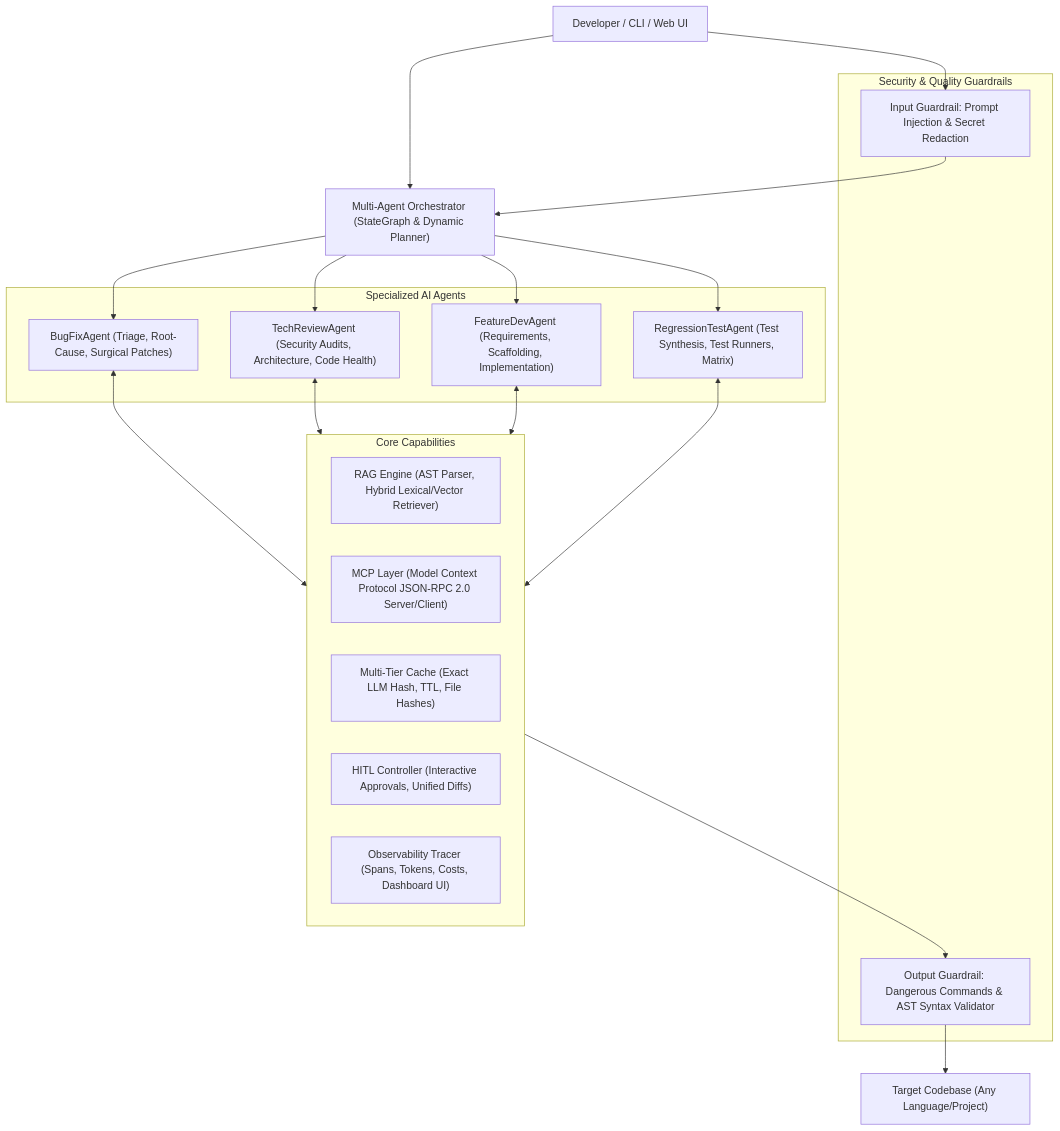
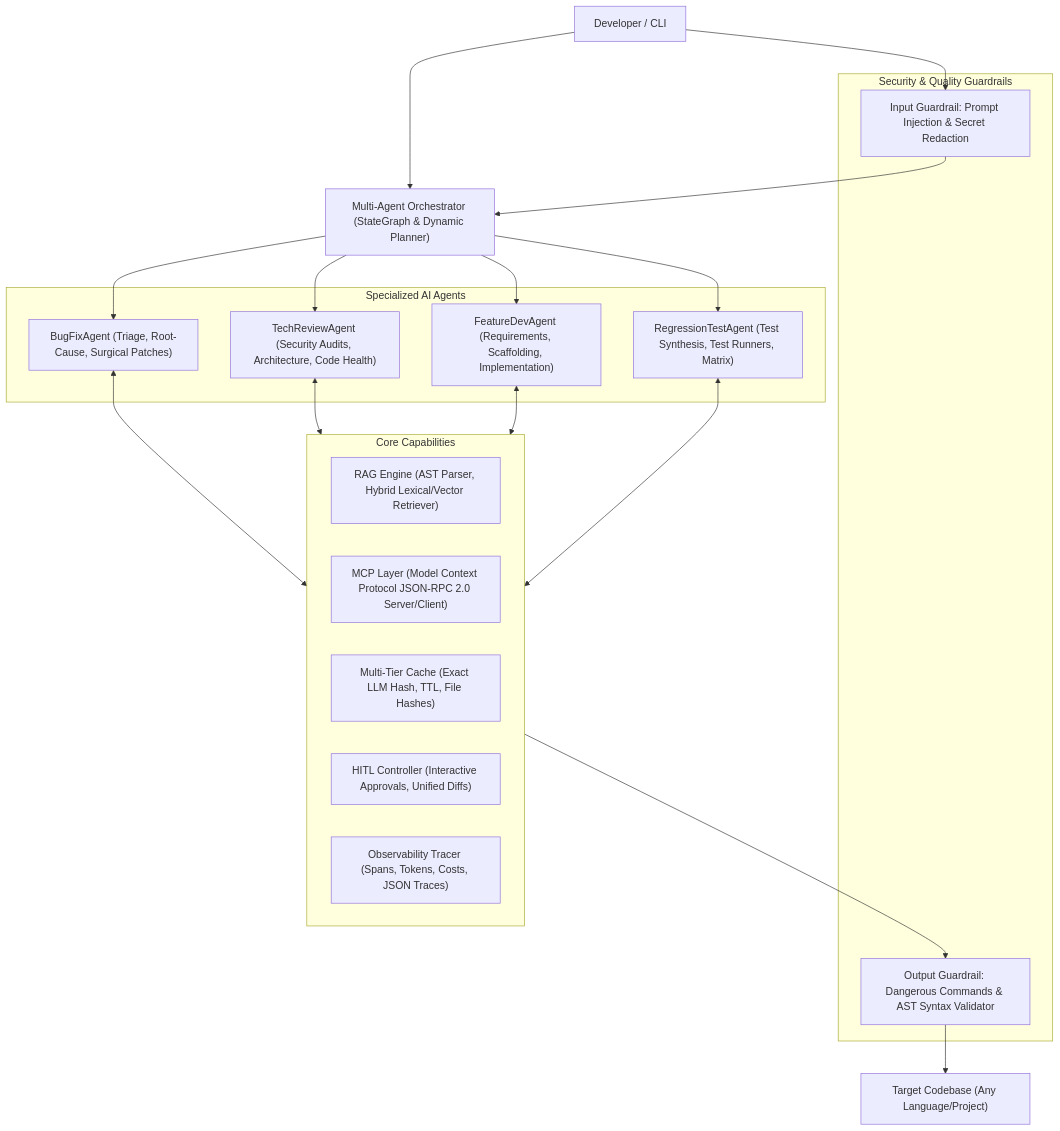
Before and after one commit to thepraveenrai/agentic-ai-framework: the diagram in docs/ARCHITECTURE.md, drawn with Mermaid. The commit also changed other lines of this file and 18 other files, not shown here.

````diff
--- a/docs/ARCHITECTURE.md
+++ b/docs/ARCHITECTURE.md
@@ -9,38 +9,38 @@
 ```mermaid
 graph TD
-    User["Developer / CLI / Web UI"] --> Orchestrator["Multi-Agent Orchestrator (StateGraph & Dynamic Planner)"]
+    User["Developer / CLI"] --> Orchestrator["Multi-Agent Orchestrator (StateGraph & Dynamic Planner)"]
     
     subgraph Guardrails ["Security & Quality Guardrails"]
         IG["Input Guardrail: Prompt Injection & Secret Redaction"]
         OG["Output Guardrail: Dangerous Commands & AST Syntax Validator"]
     end
 
     User --> IG --> Orchestrator
 
     subgraph Agents ["Specialized AI Agents"]
         BFA["BugFixAgent (Triage, Root-Cause, Surgical Patches)"]
         TRA["TechReviewAgent (Security Audits, Architecture, Code Health)"]
         FDA["FeatureDevAgent (Requirements, Scaffolding, Implementation)"]
         RTA["RegressionTestAgent (Test Synthesis, Test Runners, Matrix)"]
     end
 
     Orchestrator --> BFA
     Orchestrator --> TRA
     Orchestrator --> FDA
     Orchestrator --> RTA
 
     subgraph CoreEngine ["Core Capabilities"]
         RAG["RAG Engine (AST Parser, Hybrid Lexical/Vector Retriever)"]
         MCP["MCP Layer (Model Context Protocol JSON-RPC 2.0 Server/Client)"]
         Cache["Multi-Tier Cache (Exact LLM Hash, TTL, File Hashes)"]
         HITL["HITL Controller (Interactive Approvals, Unified Diffs)"]
-        Obs["Observability Tracer (Spans, Tokens, Costs, Dashboard UI)"]
+        Obs["Observability Tracer (Spans, Tokens, Costs, JSON Traces)"]
     end
 
     BFA <--> CoreEngine
     TRA <--> CoreEngine
     FDA <--> CoreEngine
     RTA <--> CoreEngine
 
     CoreEngine --> OG --> TargetProject["Target Codebase (Any Language/Project)"]
 ```
````
